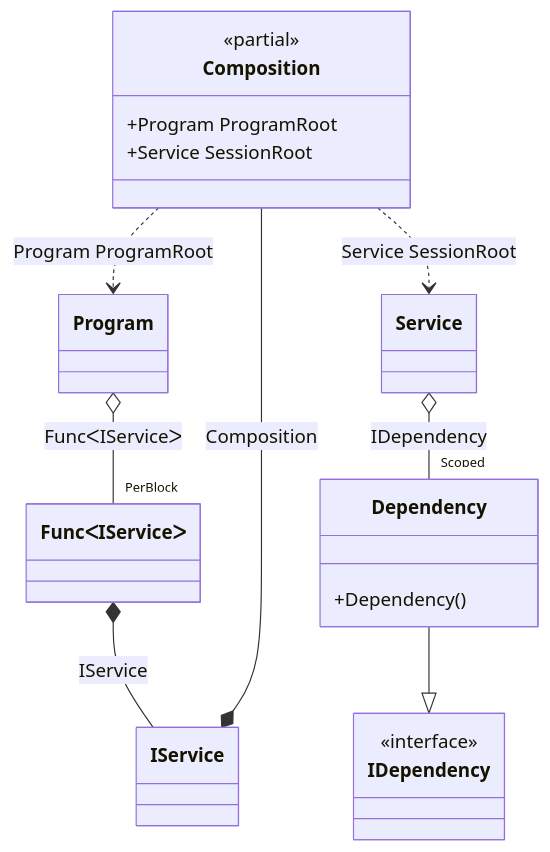
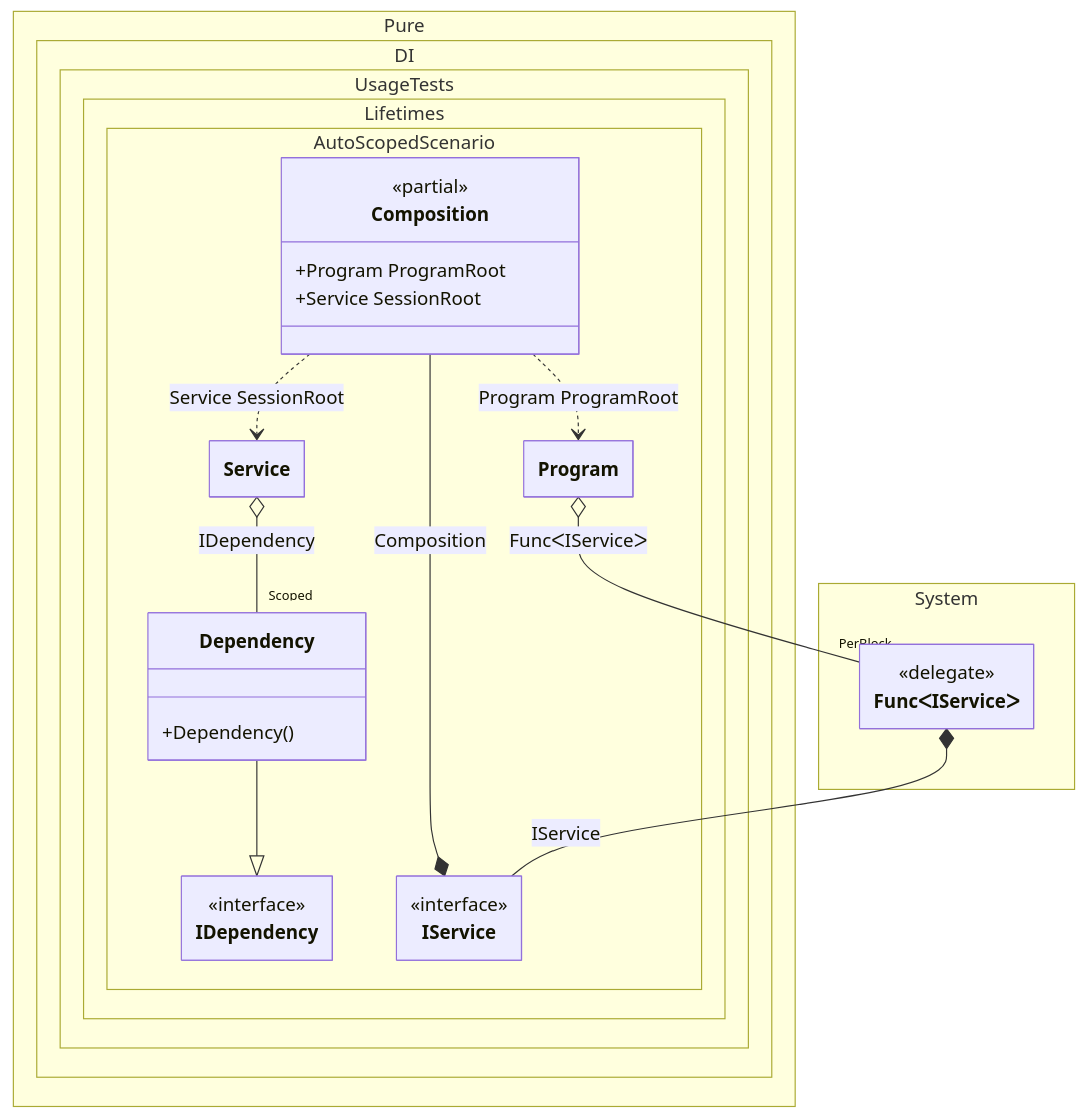
One commit to DevTeam/Pure.DI changed the diagram in readme/auto-scoped.md. Above: the diagram before and after it, drawn with Mermaid. The commit also changed 103 other files, not shown here.

Commit message:
Improved class diagrams

````diff
--- a/readme/auto-scoped.md
+++ b/readme/auto-scoped.md
@@ -138,24 +138,40 @@
 ```mermaid
+---
+ config:
+  class:
+   hideEmptyMembersBox: true
+---
 classDiagram
-	class Composition {
-		<<partial>>
-		+Program ProgramRoot
-		+Service SessionRoot
-	}
-	class FuncᐸIServiceᐳ
 	Dependency --|> IDependency
-	class Dependency {
-		+Dependency()
-	}
-	class IService
-	class Composition
-	class IDependency {
-		<<interface>>
-	}
 	Composition ..> Program : Program ProgramRoot
 	Composition ..> Service : Service SessionRoot
 	Program o-- "PerBlock" FuncᐸIServiceᐳ : FuncᐸIServiceᐳ
 	Service o-- "Scoped" Dependency : IDependency
 	FuncᐸIServiceᐳ *--  IService : IService
 	IService *--  Composition : Composition
+	namespace Pure.DI.UsageTests.Lifetimes.AutoScopedScenario {
+		class Composition {
+		<<partial>>
+		+Program ProgramRoot
+		+Service SessionRoot
+		}
+		class Dependency {
+			+Dependency()
+		}
+		class IDependency {
+			<<interface>>
+		}
+		class IService {
+				<<interface>>
+		}
+		class Program {
+		}
+		class Service {
+		}
+	}
+	namespace System {
+		class FuncᐸIServiceᐳ {
+				<<delegate>>
+		}
+	}
 ```
````
